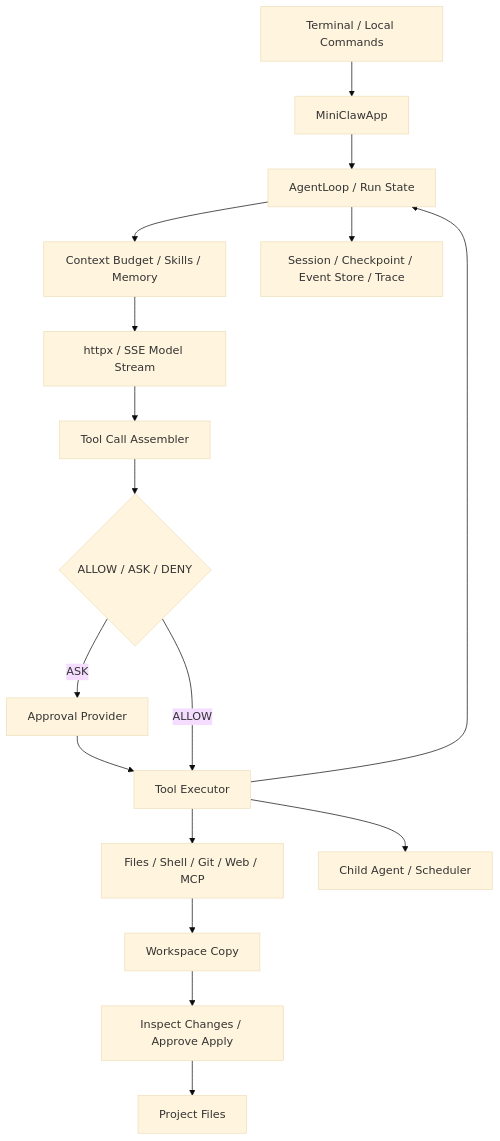
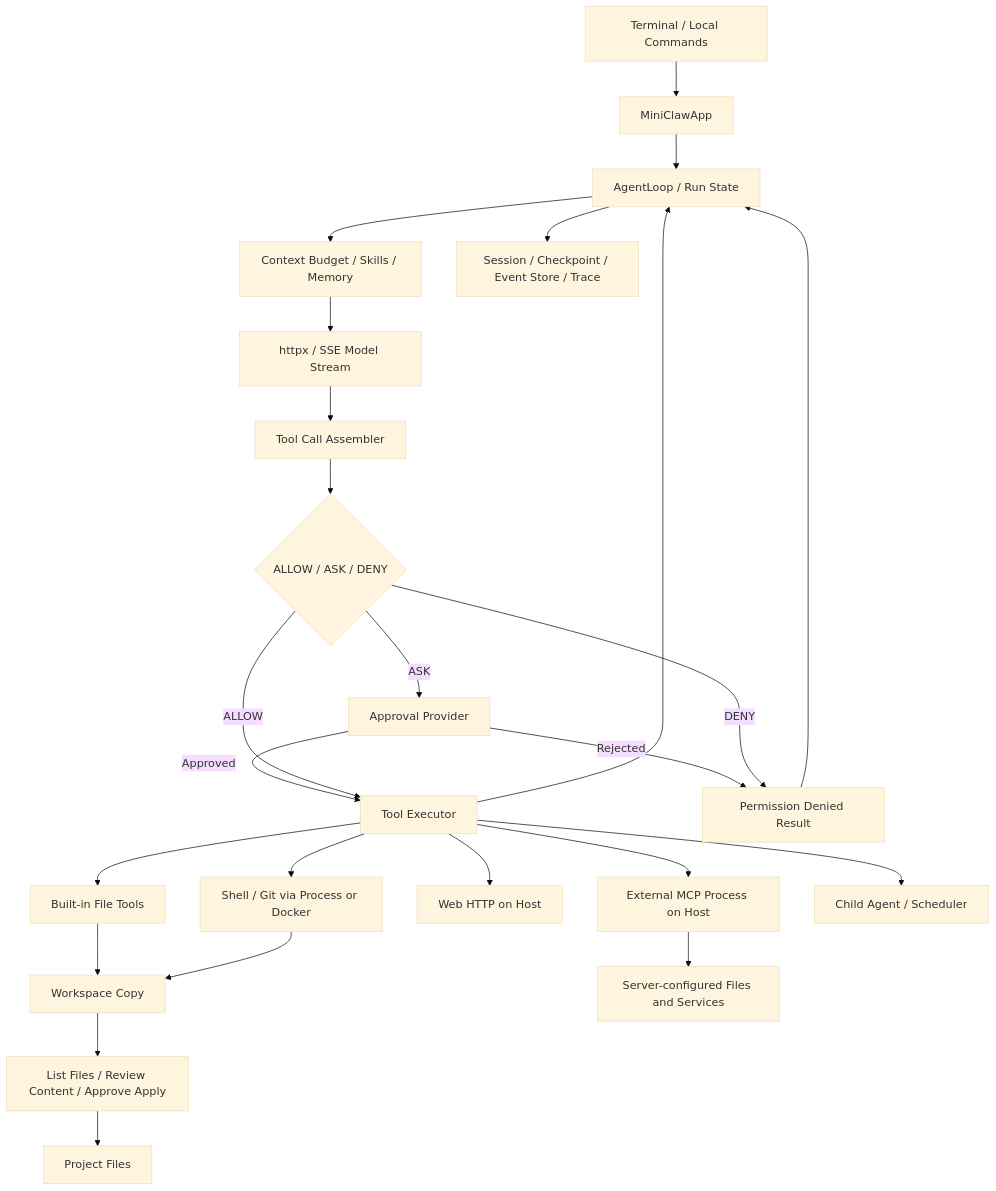
Before and after one commit to Lh0326/miniclaw: the diagram in README.md, drawn with Mermaid (base theme). The commit also changed other lines of this file and 12 other files, not shown here.

````diff
--- a/README.md
+++ b/README.md
@@ -98,19 +122,27 @@
 ```mermaid
 flowchart TD
     CLI[Terminal / Local Commands] --> APP[MiniClawApp]
     APP --> LOOP[AgentLoop / Run State]
     LOOP --> CTX[Context Budget / Skills / Memory]
     CTX --> MODEL[httpx / SSE Model Stream]
     MODEL --> ASSEMBLER[Tool Call Assembler]
     ASSEMBLER --> POLICY{ALLOW / ASK / DENY}
     POLICY -->|ASK| APPROVAL[Approval Provider]
-    APPROVAL --> EXEC[Tool Executor]
+    APPROVAL -->|Approved| EXEC[Tool Executor]
+    APPROVAL -->|Rejected| DENIED[Permission Denied Result]
     POLICY -->|ALLOW| EXEC
-    EXEC --> TOOLS[Files / Shell / Git / Web / MCP]
+    POLICY -->|DENY| DENIED
+    DENIED --> LOOP
+    EXEC --> FILES[Built-in File Tools]
+    EXEC --> COMMANDS[Shell / Git via Process or Docker]
+    EXEC --> WEB[Web HTTP on Host]
+    EXEC --> MCP[External MCP Process on Host]
     EXEC --> AGENTS[Child Agent / Scheduler]
-    TOOLS --> COPY[Workspace Copy]
-    COPY --> REVIEW[Inspect Changes / Approve Apply]
+    FILES --> COPY[Workspace Copy]
+    COMMANDS --> COPY
+    MCP --> EXTERNAL[Server-configured Files and Services]
+    COPY --> REVIEW[List Files / Review Content / Approve Apply]
     REVIEW --> PROJECT[Project Files]
     EXEC --> LOOP
     LOOP --> STORE[Session / Checkpoint / Event Store / Trace]
 ```
````
